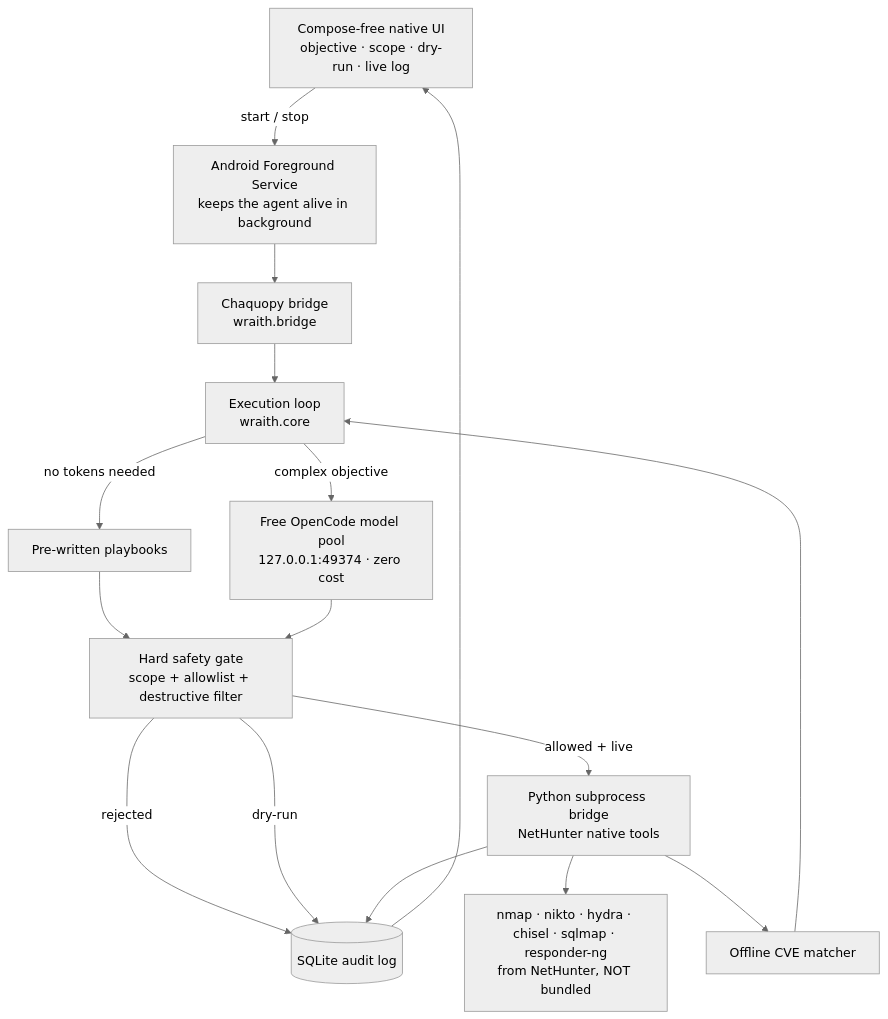
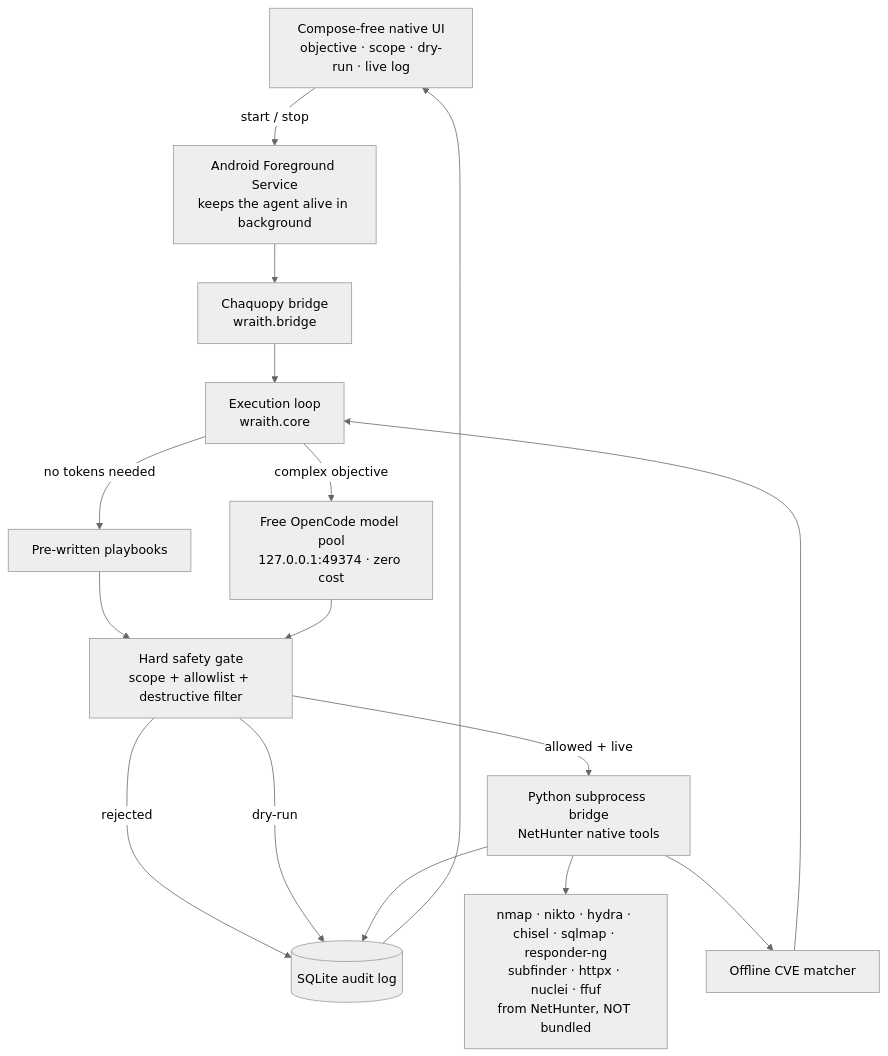
The diagram in README.md (elb1982az-del/wrait-agent), drawn with Mermaid (neutral theme) before and after one commit. The commit also changed other lines of this file and 4 other files, not shown here.

Commit message:
Add subfinder, httpx, nuclei and ffuf to allowlist

````diff
--- a/README.md
+++ b/README.md
@@ -13,29 +13,29 @@
 ```mermaid
 flowchart TD
     UI[Compose-free native UI<br/>objective · scope · dry-run · live log]
     SVC[Android Foreground Service<br/>keeps the agent alive in background]
     BRIDGE[Chaquopy bridge<br/>wraith.bridge]
     CORE[Execution loop<br/>wraith.core]
     LLM[Free OpenCode model pool<br/>127.0.0.1:49374 · zero cost]
     PLAY[Pre-written playbooks]
     VAL[Hard safety gate<br/>scope + allowlist + destructive filter]
     EXEC[Python subprocess bridge<br/>NetHunter native tools]
     CVE[Offline CVE matcher]
     DB[(SQLite audit log)]
-    TOOLS[nmap · nikto · hydra · chisel · sqlmap · responder-ng<br/>from NetHunter, NOT bundled]
+    TOOLS[nmap · nikto · hydra · chisel · sqlmap · responder-ng<br/>subfinder · httpx · nuclei · ffuf<br/>from NetHunter, NOT bundled]
 
     UI -->|start / stop| SVC
     SVC --> BRIDGE --> CORE
     CORE -->|no tokens needed| PLAY
     CORE -->|complex objective| LLM
     PLAY --> VAL
     LLM --> VAL
     VAL -->|rejected| DB
     VAL -->|dry-run| DB
     VAL -->|allowed + live| EXEC
     EXEC --> TOOLS
     EXEC --> CVE
     EXEC --> DB
     CVE --> CORE
     DB --> UI
 ```
````
